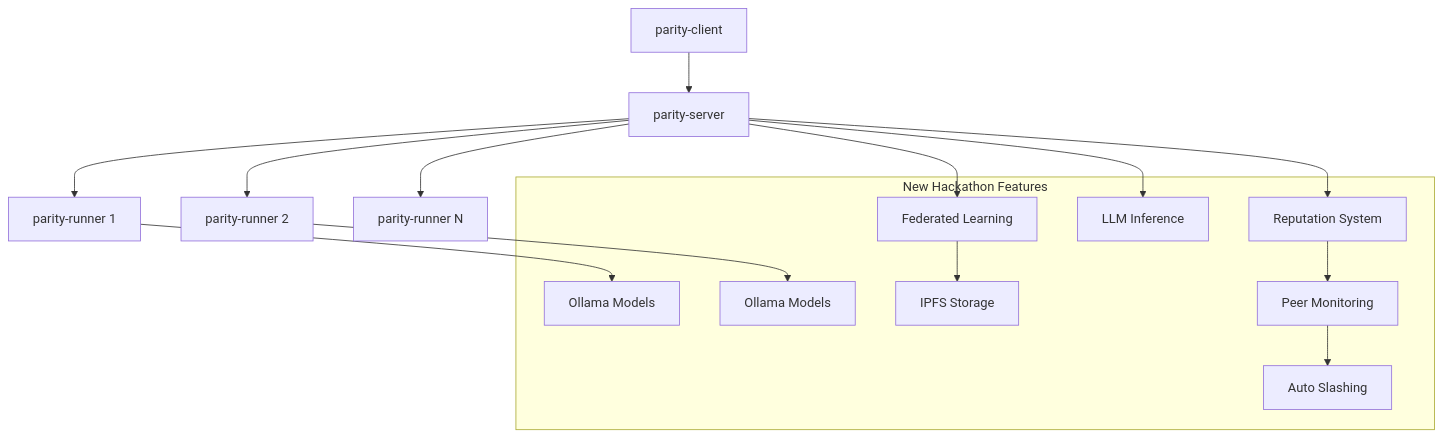
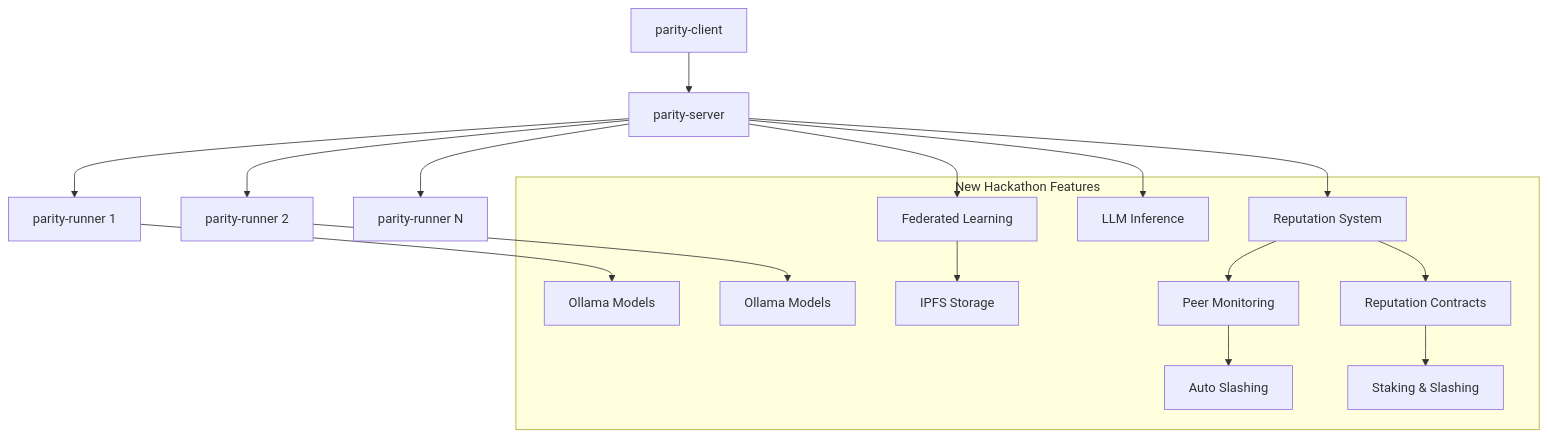
One commit to virajbhartiya/parity-protocol changed the diagram in README.md. Above: the diagram before and after it, drawn with Mermaid. The commit also changed other lines of this file, not shown here.

Commit message:
Update README.md to include a new section on Smart Contracts detailing reputation management features and update repository links for consistency.

````diff
--- a/README.md
+++ b/README.md
@@ -88,29 +99,33 @@
 ```mermaid
 graph TB
     Client[parity-client] --> Server[parity-server]
     Server --> Runner1[parity-runner 1]
     Server --> Runner2[parity-runner 2]
     Server --> RunnerN[parity-runner N]
 
     Server --> FL[Federated Learning]
     Server --> LLM[LLM Inference]
     Server --> Rep[Reputation System]
 
     FL --> IPFS[IPFS Storage]
     Runner1 --> Ollama1[Ollama Models]
     Runner2 --> Ollama2[Ollama Models]
 
     Rep --> Monitor[Peer Monitoring]
     Monitor --> Slash[Auto Slashing]
+    Rep --> SmartContract[Reputation Contracts]
+    SmartContract --> Staking[Staking & Slashing]
 
     subgraph "New Hackathon Features"
         FL
         LLM
         Rep
         IPFS
         Ollama1
         Ollama2
         Monitor
         Slash
+        SmartContract
+        Staking
     end
 ```
````
